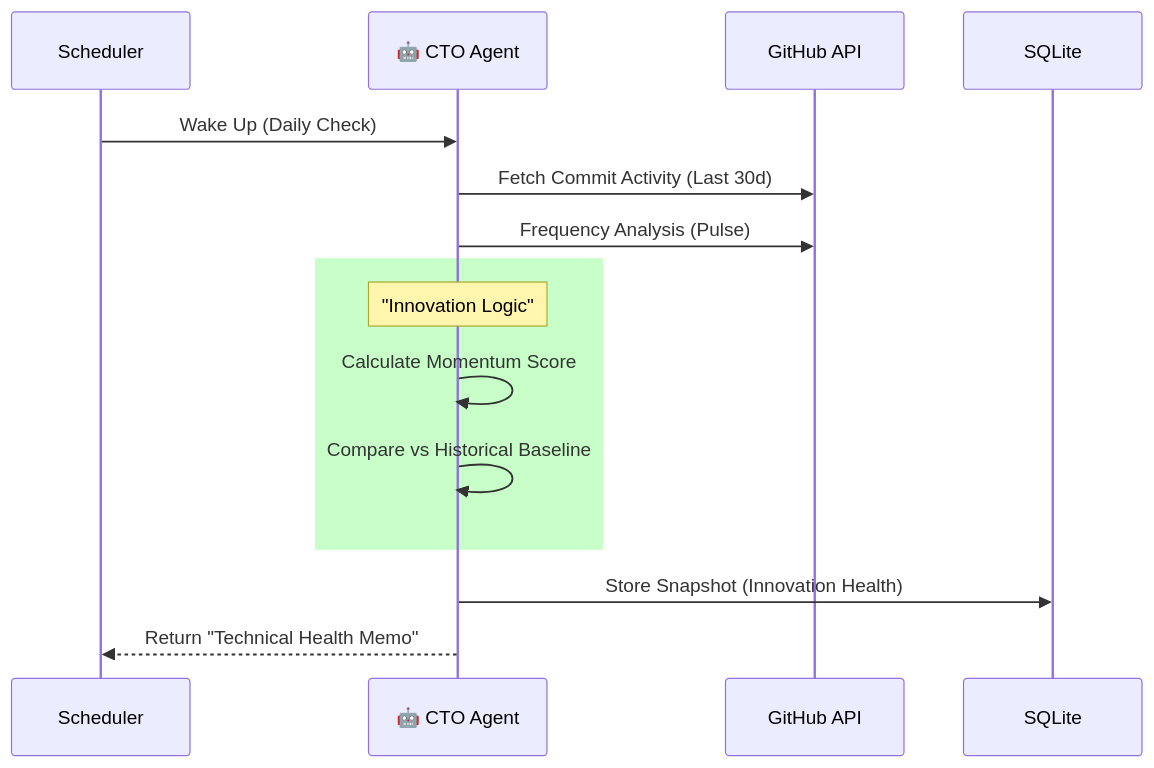
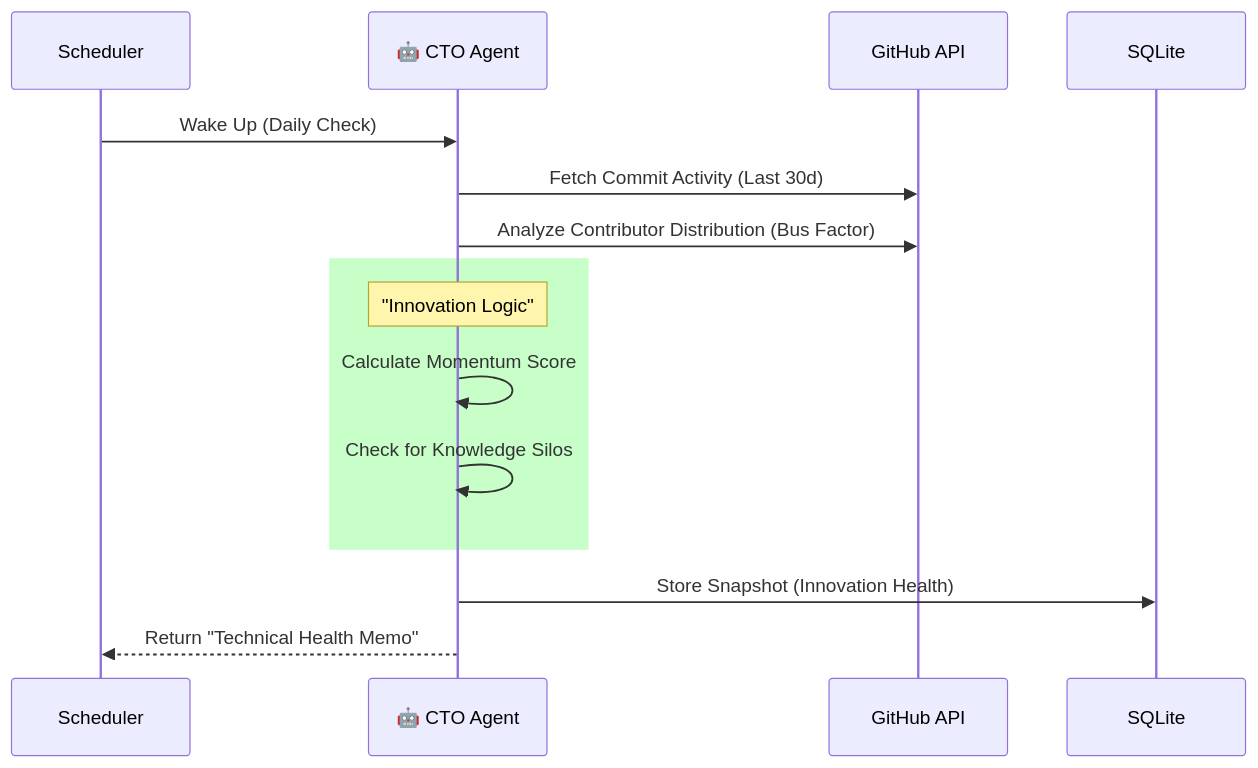
One commit to Siddh-2006/Autonomous_hacks_26 changed the diagram in CTO_AGENT_EXPLAINED.md. Above: the diagram before and after it, drawn with Mermaid. The commit also changed other lines of this file and 12 other files, not shown here.

````diff
--- a/CTO_AGENT_EXPLAINED.md
+++ b/CTO_AGENT_EXPLAINED.md
@@ -45,20 +46,20 @@
 ```mermaid
 sequenceDiagram
     participant Scheduler
     participant CTO as 🤖 CTO Agent
     participant GH as GitHub API
     participant DB as SQLite
 
     Scheduler->>CTO: Wake Up (Daily Check)
     CTO->>GH: Fetch Commit Activity (Last 30d)
-    CTO->>GH: Frequency Analysis (Pulse)
+    CTO->>GH: Analyze Contributor Distribution (Bus Factor)
     
     rect rgb(200, 255, 200)
         Note over CTO: "Innovation Logic"
         CTO->>CTO: Calculate Momentum Score
-        CTO->>CTO: Compare vs Historical Baseline
+        CTO->>CTO: Check for Knowledge Silos
     end
     
     CTO->>DB: Store Snapshot (Innovation Health)
     CTO-->>Scheduler: Return "Technical Health Memo"
 ```
````
